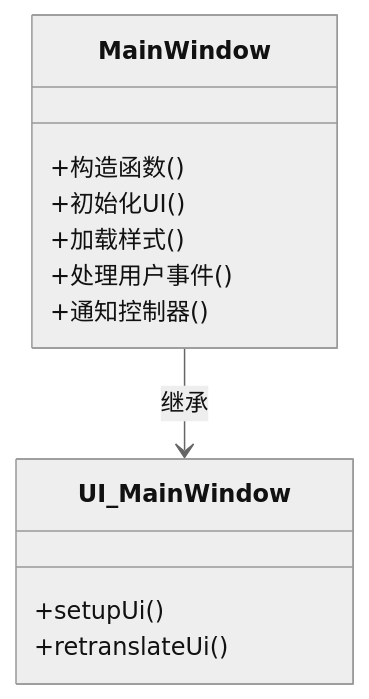
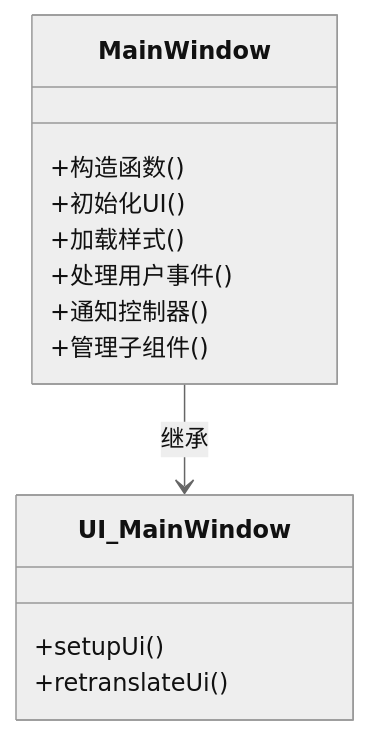
Before and after one commit to jakecai1225-design/OpenBus: the fourth of 9 diagrams in .qoder/repowiki/zh/content/架构设计/架构设计.md, drawn with Mermaid (neutral theme). The commit also changed other lines of this file and 44 other files, not shown here.

````diff
--- a/.qoder/repowiki/zh/content/架构设计/架构设计.md
+++ b/.qoder/repowiki/zh/content/架构设计/架构设计.md
@@ -144,15 +197,16 @@
 ```mermaid
 classDiagram
 class MainWindow {
 +构造函数()
 +初始化UI()
 +加载样式()
 +处理用户事件()
 +通知控制器()
++管理子组件()
 }
 class UI_MainWindow {
 +setupUi()
 +retranslateUi()
 }
 MainWindow --> UI_MainWindow : 继承
 ```
````
